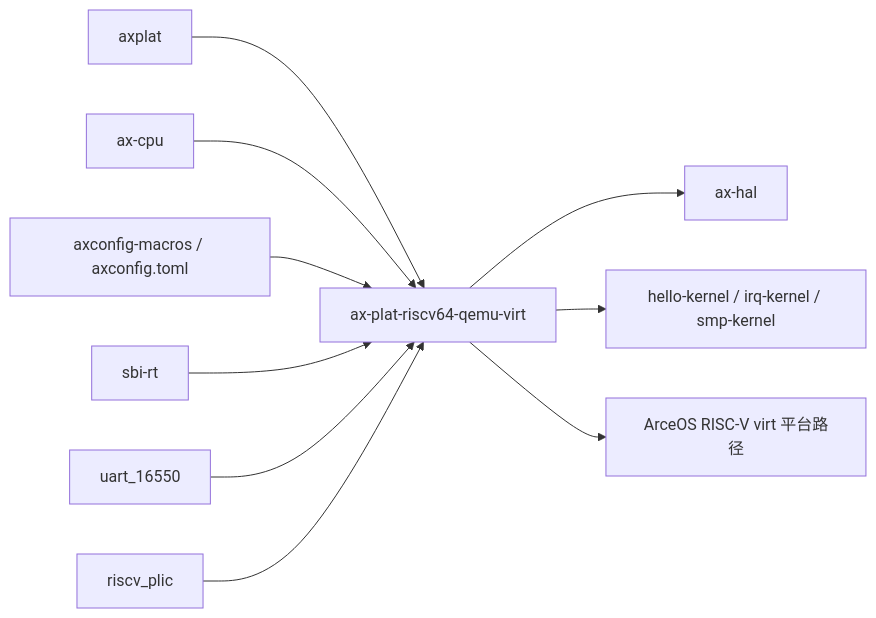
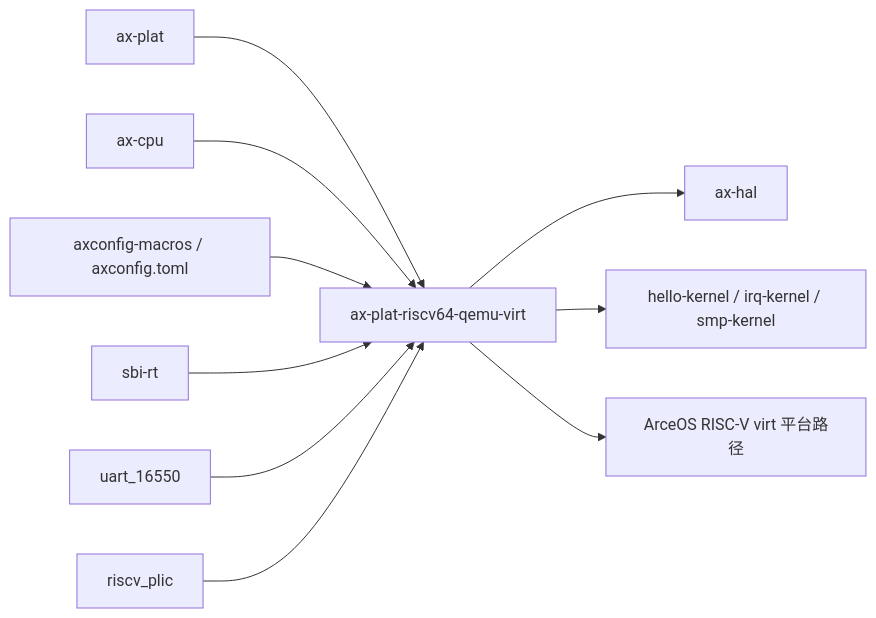
One commit to zKurisu/tgoskits changed the second of 3 diagrams in docs/crates/ax-plat-riscv64-qemu-virt.md. Above: the diagram before and after it, drawn with Mermaid. The commit also changed other lines of this file and 199 other files, not shown here.

Commit message:
rename axplat to ax-plat

````diff
--- a/docs/crates/ax-plat-riscv64-qemu-virt.md
+++ b/docs/crates/ax-plat-riscv64-qemu-virt.md
@@ -119,13 +119,13 @@
 ```mermaid
 graph LR
-    axplat["axplat"] --> current["ax-plat-riscv64-qemu-virt"]
+    axplat["ax-plat"] --> current["ax-plat-riscv64-qemu-virt"]
     ax-cpu["ax-cpu"] --> current
     axconfig["axconfig-macros / axconfig.toml"] --> current
     sbi["sbi-rt"] --> current
     uart["uart_16550"] --> current
     plic["riscv_plic"] --> current
 
     current --> ax-hal["ax-hal"]
     current --> hello["hello-kernel / irq-kernel / smp-kernel"]
     current --> arceos["ArceOS RISC-V virt 平台路径"]
 ```
````
